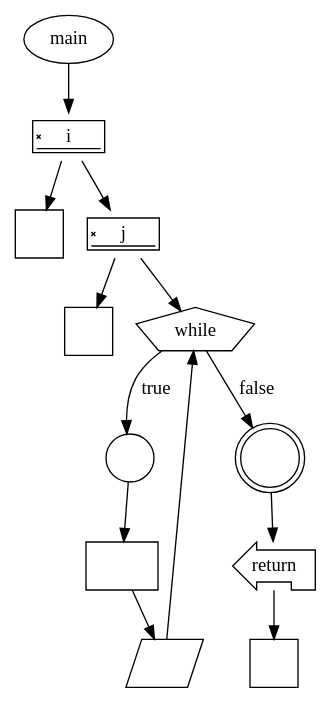
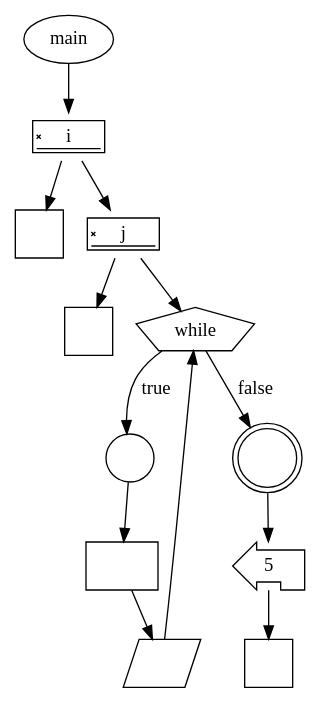
One commit to gakkungithub/rpg-aquatan-C changed the diagram in data/whilestatement/whilestatement.dot. Above: the diagram before and after it, drawn with Graphviz. The commit also changed 16 other files, not shown here.

```diff
--- a/data/whilestatement/whilestatement.dot
+++ b/data/whilestatement/whilestatement.dot
@@ -1,80 +1,80 @@
 digraph {
 	graph [bb="0,0,213,497.5"];
 	node [label="\N"];
-	"d79902fa-4354-4724-a31e-767fc5482d1c"	[height=0.5,
+	"81201698-6d8e-4835-a4e6-aebfdd1f5e98"	[height=0.5,
 		label=main,
 		pos="30,479.5",
 		shape=ellipse,
 		width=0.82932];
-	"ff3a9c4f-3939-4db9-8a22-5e9ff6f0bece"	[height=0.5,
+	"75572e68-9e8f-4bae-910a-64d98f6b62e6"	[height=0.5,
 		label=i,
 		pos="30,406.5",
 		shape=signature,
 		width=0.75];
-	"d79902fa-4354-4724-a31e-767fc5482d1c" -> "ff3a9c4f-3939-4db9-8a22-5e9ff6f0bece"	[pos="e,30,424.53 30,461.31 30,453.73 30,444.6 30,436.04"];
-	"55d901ae-649b-4089-bc8e-491fb50c6492"	[height=0.5,
+	"81201698-6d8e-4835-a4e6-aebfdd1f5e98" -> "75572e68-9e8f-4bae-910a-64d98f6b62e6"	[pos="e,30,424.53 30,461.31 30,453.73 30,444.6 30,436.04"];
+	"bf8cb876-80bf-43ec-9e4d-608018c72175"	[height=0.5,
 		label="",
 		pos="18,333.5",
 		shape=square,
 		width=0.5];
-	"ff3a9c4f-3939-4db9-8a22-5e9ff6f0bece" -> "55d901ae-649b-4089-bc8e-491fb50c6492"	[pos="e,20.878,351.53 27.095,388.31 25.798,380.64 24.235,371.39 22.774,362.74"];
-	"f62e9fc9-6f85-448c-8c06-afc3bf86f308"	[height=0.5,
+	"75572e68-9e8f-4bae-910a-64d98f6b62e6" -> "bf8cb876-80bf-43ec-9e4d-608018c72175"	[pos="e,20.878,351.53 27.095,388.31 25.798,380.64 24.235,371.39 22.774,362.74"];
+	"83ed2747-503d-448f-8b6b-9eda485c731f"	[height=0.5,
 		label=j,
 		pos="81,333.5",
 		shape=signature,
 		width=0.75];
-	"ff3a9c4f-3939-4db9-8a22-5e9ff6f0bece" -> "f62e9fc9-6f85-448c-8c06-afc3bf86f308"	[pos="e,68.768,351.53 42.346,388.31 48.297,380.03 55.564,369.91 62.185,360.69"];
-	"c724b2c6-4345-4e3b-a1fd-9d138f0b3bd6"	[height=0.5,
+	"75572e68-9e8f-4bae-910a-64d98f6b62e6" -> "83ed2747-503d-448f-8b6b-9eda485c731f"	[pos="e,68.768,351.53 42.346,388.31 48.297,380.03 55.564,369.91 62.185,360.69"];
+	"fe54ecef-ee1f-470f-ae90-3473730de1a3"	[height=0.5,
 		label="",
 		pos="56,260.5",
 		shape=square,
 		width=0.5];
-	"f62e9fc9-6f85-448c-8c06-afc3bf86f308" -> "c724b2c6-4345-4e3b-a1fd-9d138f0b3bd6"	[pos="e,61.996,278.53 74.948,315.31 72.184,307.46 68.842,297.97 65.738,289.16"];
-	"7df5f94e-21fe-45a7-a95d-3ab6bd0ad1d3"	[height=0.5,
+	"83ed2747-503d-448f-8b6b-9eda485c731f" -> "fe54ecef-ee1f-470f-ae90-3473730de1a3"	[pos="e,61.996,278.53 74.948,315.31 72.184,307.46 68.842,297.97 65.738,289.16"];
+	"d6b71414-066d-45cc-803a-32ac289445b7"	[height=0.5,
 		label=while,
 		pos="131,260.5",
 		shape=pentagon,
 		width=1.0778];
-	"f62e9fc9-6f85-448c-8c06-afc3bf86f308" -> "7df5f94e-21fe-45a7-a95d-3ab6bd0ad1d3"	[pos="e,121.02,275.67 93.104,315.31 99.52,306.2 107.5,294.87 114.47,284.97"];
-	"83c43926-e15f-49ff-966c-2f4772994e2a"	[height=0.5,
+	"83ed2747-503d-448f-8b6b-9eda485c731f" -> "d6b71414-066d-45cc-803a-32ac289445b7"	[pos="e,121.02,275.67 93.104,315.31 99.52,306.2 107.5,294.87 114.47,284.97"];
+	"d6687d36-d2c1-43b6-b3cd-46cbf870d405"	[height=0.5,
 		label="",
 		pos="83,168",
 		shape=circle,
 		width=0.5];
-	"7df5f94e-21fe-45a7-a95d-3ab6bd0ad1d3" -> "83c43926-e15f-49ff-966c-2f4772994e2a"	[label=true,
+	"d6b71414-066d-45cc-803a-32ac289445b7" -> "d6687d36-d2c1-43b6-b3cd-46cbf870d405"	[label=true,
 		lp="106.5,216.25",
 		pos="e,84.578,186.4 113.59,245.73 107.19,239.83 100.43,232.46 96,224.5 91.45,216.32 88.488,206.61 86.561,197.62"];
-	"122eef27-4445-4ab0-b37a-5261c71e1249"	[height=0.61111,
+	"42307270-ea4f-4aed-ba5d-4c3d09673ac6"	[height=0.61111,
 		label="",
 		pos="183,168",
 		shape=doublecircle,
 		width=0.61111];
-	"7df5f94e-21fe-45a7-a95d-3ab6bd0ad1d3" -> "122eef27-4445-4ab0-b37a-5261c71e1249"	[label=false,
+	"d6b71414-066d-45cc-803a-32ac289445b7" -> "42307270-ea4f-4aed-ba5d-4c3d09673ac6"	[label=false,
 		lp="172.86,216.25",
 		pos="e,172.32,187.59 138.9,245.75 146.29,232.9 157.54,213.3 166.84,197.13"];
-	"e099bab7-6110-449a-8769-4be6315cc116"	[height=0.5,
+	"127d9dde-1546-48ea-9992-d4942f42a18d"	[height=0.5,
 		label="",
 		pos="76,91",
 		shape=rect,
 		width=0.75];
-	"83c43926-e15f-49ff-966c-2f4772994e2a" -> "e099bab7-6110-449a-8769-4be6315cc116"	[pos="e,77.615,109.3 81.376,149.6 80.572,140.99 79.581,130.37 78.669,120.6"];
-	"ebe3d013-c9c6-4242-9273-562d6a9dd028"	[height=0.5,
+	"d6687d36-d2c1-43b6-b3cd-46cbf870d405" -> "127d9dde-1546-48ea-9992-d4942f42a18d"	[pos="e,77.615,109.3 81.376,149.6 80.572,140.99 79.581,130.37 78.669,120.6"];
+	"8afcaf8f-0481-440f-9290-44c3e3b24542"	[height=0.5,
 		label="",
 		pos="107,18",
 		shape=parallelogram,
 		width=0.77756];
-	"e099bab7-6110-449a-8769-4be6315cc116" -> "ebe3d013-c9c6-4242-9273-562d6a9dd028"	[pos="e,99.565,36.029 83.504,72.813 86.969,64.877 91.169,55.259 95.053,46.362"];
-	"ebe3d013-c9c6-4242-9273-562d6a9dd028" -> "7df5f94e-21fe-45a7-a95d-3ab6bd0ad1d3"	[pos="e,129.61,245.53 108.75,36.489 112.93,78.468 123.57,185.08 128.47,234.11"];
-	"0e593c4a-471d-4f74-8a4a-e269c2a1d657"	[height=0.5,
-		label=return,
+	"127d9dde-1546-48ea-9992-d4942f42a18d" -> "8afcaf8f-0481-440f-9290-44c3e3b24542"	[pos="e,99.565,36.029 83.504,72.813 86.969,64.877 91.169,55.259 95.053,46.362"];
+	"8afcaf8f-0481-440f-9290-44c3e3b24542" -> "d6b71414-066d-45cc-803a-32ac289445b7"	[pos="e,129.61,245.53 108.75,36.489 112.93,78.468 123.57,185.08 128.47,234.11"];
+	"f0ea2915-e739-4c17-b29a-f089566129f6"	[height=0.5,
+		label=5,
 		pos="186,91",
 		shape=lpromoter,
 		width=0.75];
-	"122eef27-4445-4ab0-b37a-5261c71e1249" -> "0e593c4a-471d-4f74-8a4a-e269c2a1d657"	[pos="e,185.32,109.06 183.85,145.71 184.17,137.82 184.53,128.75 184.87,120.33"];
-	"10fe9425-d70f-4d12-b493-937c2862d88e"	[height=0.5,
+	"42307270-ea4f-4aed-ba5d-4c3d09673ac6" -> "f0ea2915-e739-4c17-b29a-f089566129f6"	[pos="e,185.32,109.06 183.85,145.71 184.17,137.82 184.53,128.75 184.87,120.33"];
+	"ef4f56e1-6d85-4a13-80cb-387187411dd5"	[height=0.5,
 		label="",
 		pos="186,18",
 		shape=square,
 		width=0.5];
-	"0e593c4a-471d-4f74-8a4a-e269c2a1d657" -> "10fe9425-d70f-4d12-b493-937c2862d88e"	[pos="e,186,36.029 186,72.813 186,65.226 186,56.101 186,47.539"];
+	"f0ea2915-e739-4c17-b29a-f089566129f6" -> "ef4f56e1-6d85-4a13-80cb-387187411dd5"	[pos="e,186,36.029 186,72.813 186,65.226 186,56.101 186,47.539"];
 }
```
